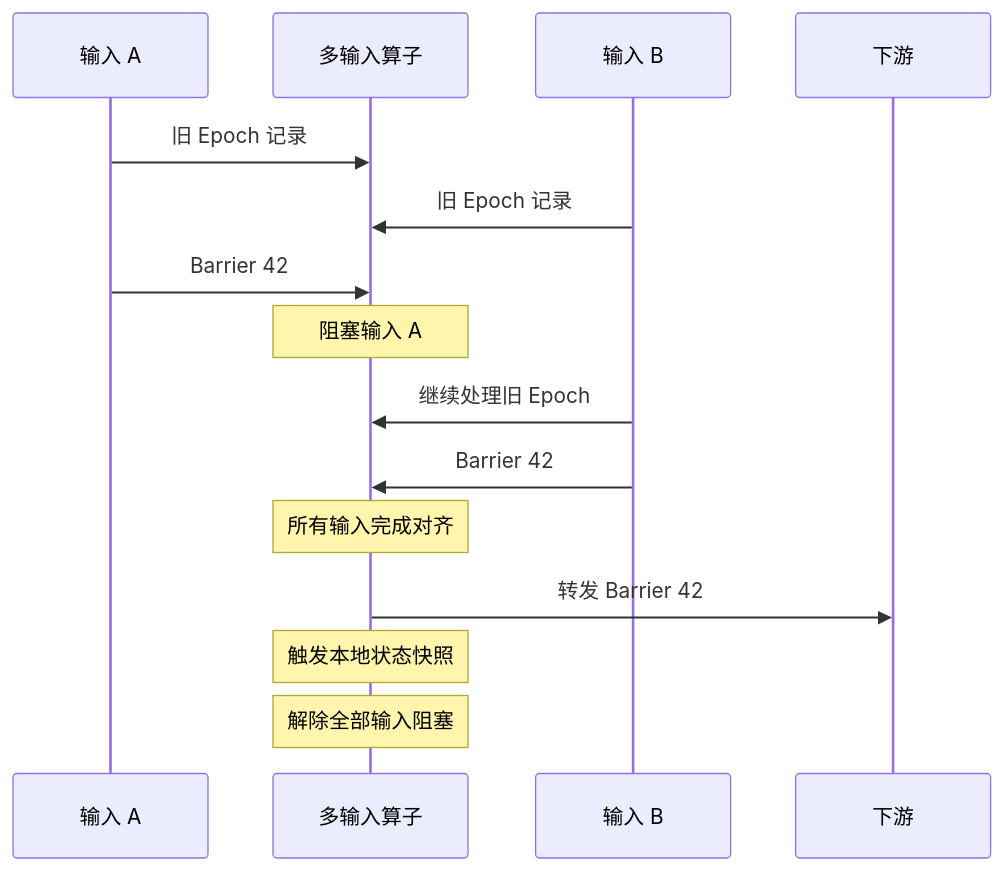
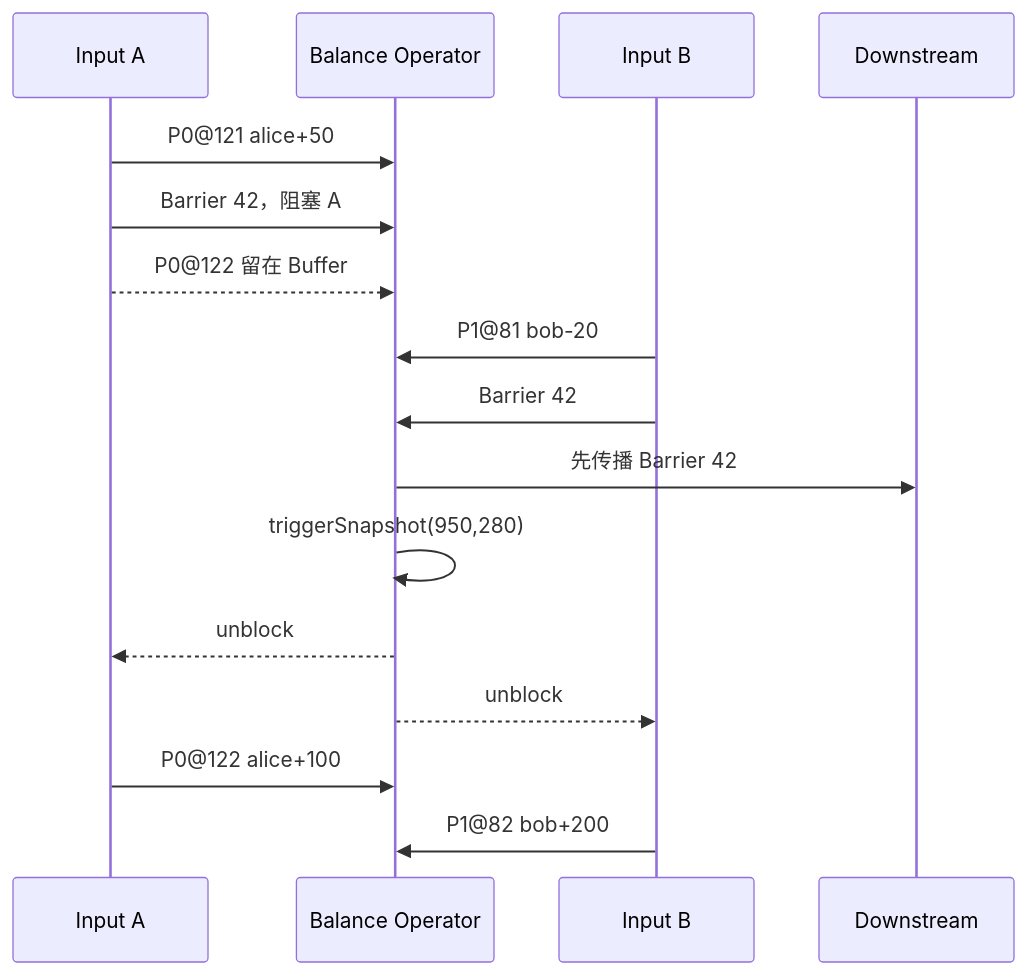
One commit to nzw921rx/nzw921rx-blog changed the second of 5 diagrams in content/posts/flink-state-management-consistent-snapshots.md. Above: the diagram before and after it, drawn with Mermaid. The commit also changed other lines of this file, not shown here.

````diff
--- a/content/posts/flink-state-management-consistent-snapshots.md
+++ b/content/posts/flink-state-management-consistent-snapshots.md
@@ -286,18 +167,18 @@
 ```mermaid
 sequenceDiagram
-    participant A as 输入 A
-    participant O as 多输入算子
-    participant B as 输入 B
-    participant D as 下游
-
-    A->>O: 旧 Epoch 记录
-    B->>O: 旧 Epoch 记录
-    A->>O: Barrier 42
-    Note over O: 阻塞输入 A
-    B->>O: 继续处理旧 Epoch
+    participant A as Input A
+    participant O as Balance Operator
+    participant B as Input B
+    participant D as Downstream
+    A->>O: P0@121 alice+50
+    A->>O: Barrier 42，阻塞 A
+    A-->>O: P0@122 留在 Buffer
+    B->>O: P1@81 bob-20
     B->>O: Barrier 42
-    Note over O: 所有输入完成对齐
-    O->>D: 转发 Barrier 42
-    Note over O: 触发本地状态快照
-    Note over O: 解除全部输入阻塞
+    O->>D: 先传播 Barrier 42
+    O->>O: triggerSnapshot(950,280)
+    O-->>A: unblock
+    O-->>B: unblock
+    A->>O: P0@122 alice+100
+    B->>O: P1@82 bob+200
 ```
````
